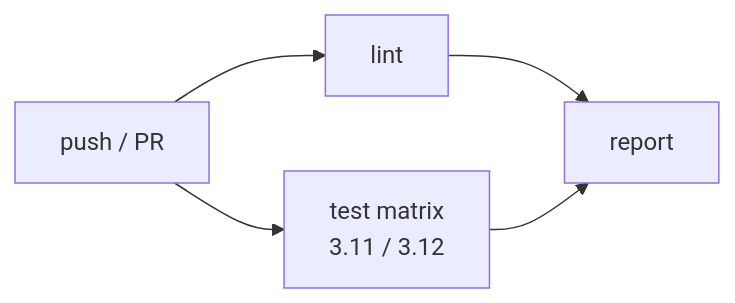
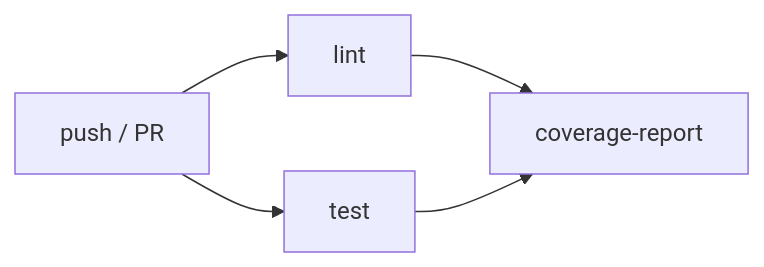
Before and after one commit to gpeyet-learning/guide-github-actions: the diagram in content/cicd-pratique/integration-continue.md, drawn with Mermaid. The commit also changed other lines of this file and 14 other files, not shown here.

````diff
--- a/content/cicd-pratique/integration-continue.md
+++ b/content/cicd-pratique/integration-continue.md
@@ -19,7 +17,7 @@
 ```mermaid
 graph LR
     P[push / PR] --> L[lint]
-    P --> T[test matrix<br/>3.11 / 3.12]
-    L --> R[report]
+    P --> T[test]
+    L --> R[coverage-report]
     T --> R
 ```
````
